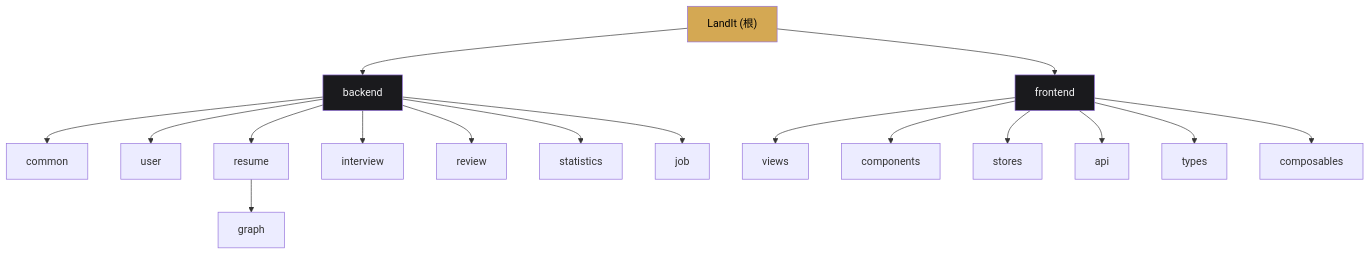
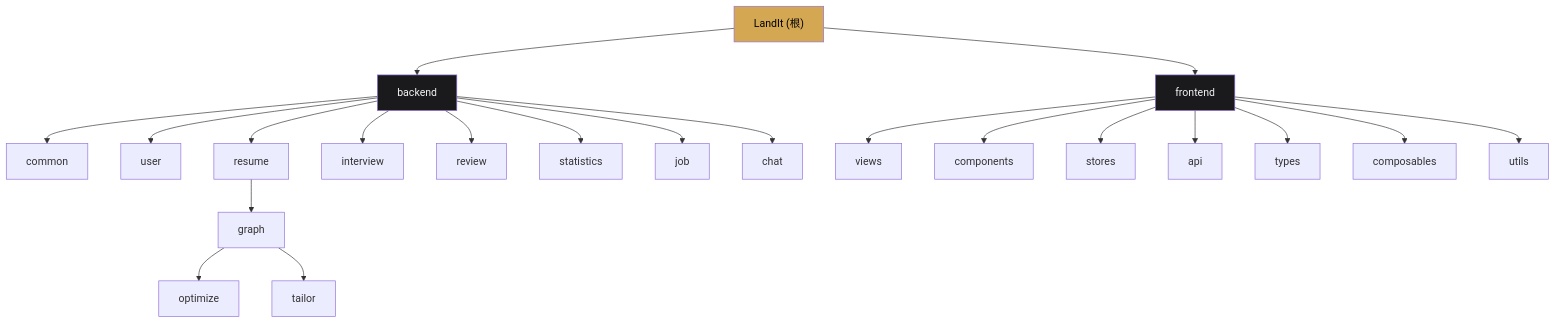
Before and after one commit to AzirZsk/CareerForge: the diagram in CLAUDE.md, drawn with Mermaid. The commit also changed other lines of this file and 2 other files, not shown here.

````diff
--- a/CLAUDE.md
+++ b/CLAUDE.md
@@ -61,29 +64,33 @@
 ```mermaid
 graph TD
     A["LandIt (根)"] --> B["backend"]
     A --> C["frontend"]
 
     B --> B1["common"]
     B --> B2["user"]
     B --> B3["resume"]
     B --> B4["interview"]
     B --> B5["review"]
     B --> B6["statistics"]
     B --> B7["job"]
+    B --> B8["chat"]
 
     B3 --> B3a["graph"]
+    B3a --> B3a1["optimize"]
+    B3a --> B3a2["tailor"]
 
     C --> C1["views"]
     C --> C2["components"]
     C --> C3["stores"]
     C --> C4["api"]
     C --> C5["types"]
     C --> C6["composables"]
+    C --> C7["utils"]
 
     click B "./backend/CLAUDE.md" "查看 backend 模块文档"
     click C "./frontend/CLAUDE.md" "查看 frontend 模块文档"
 
     style A fill:#d4a853,color:#000
     style B fill:#1a1a1d,color:#f4f4f5
     style C fill:#1a1a1d,color:#f4f4f5
 ```
````
